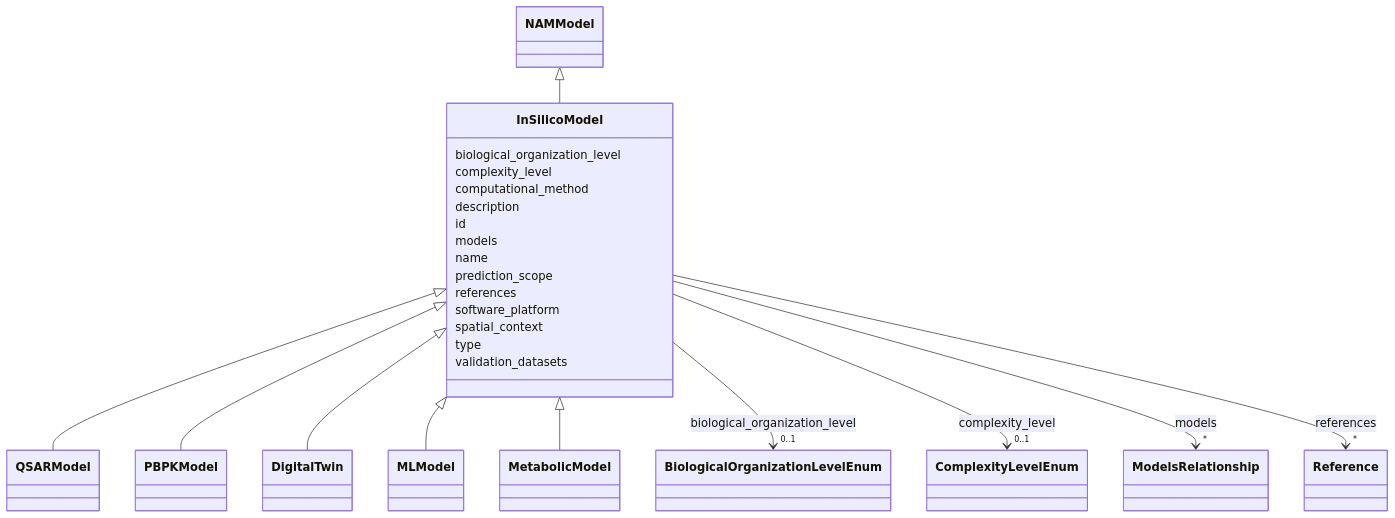
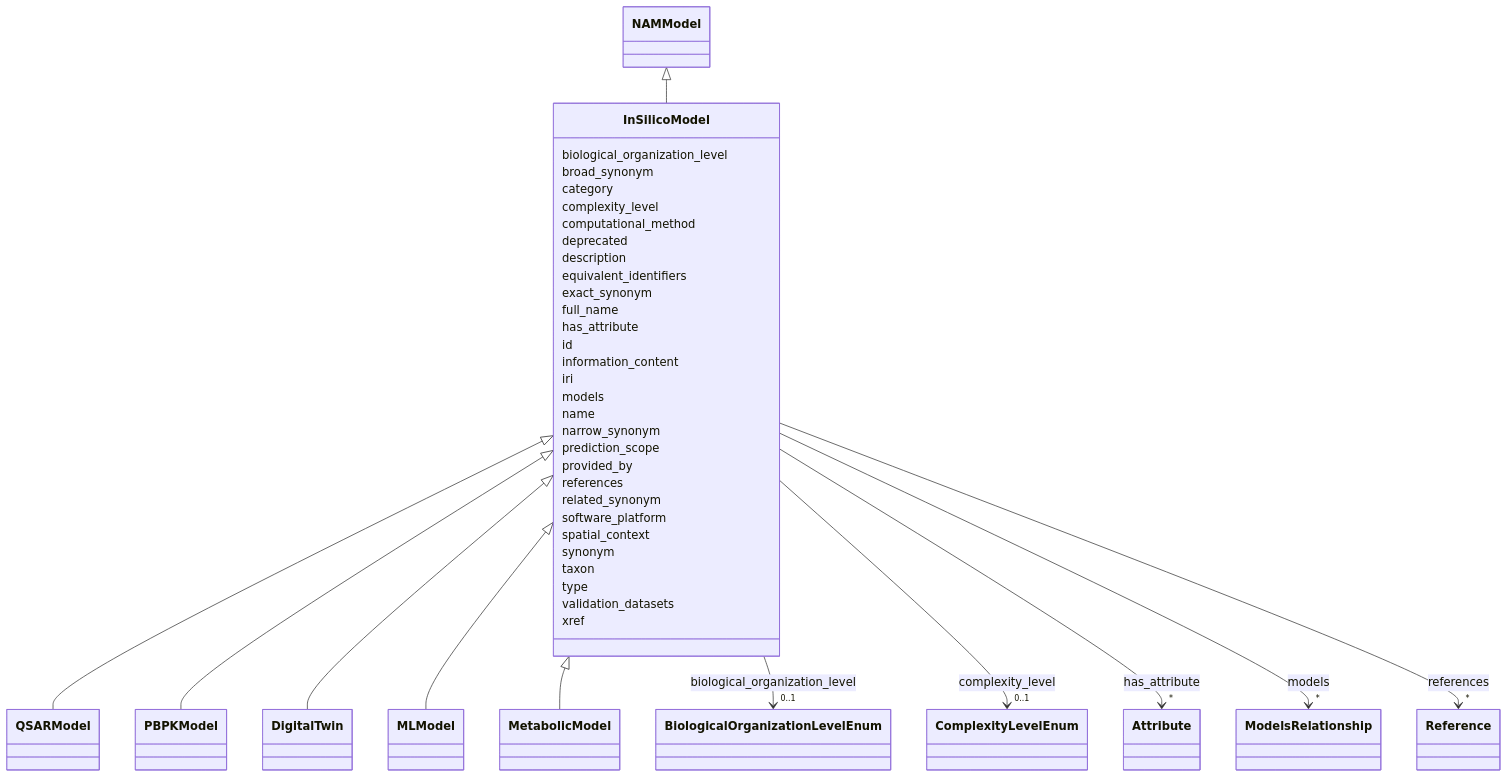
Before and after one commit to monarch-initiative/namo: the diagram in docs/elements/InSilicoModel.md, drawn with Mermaid. The commit also changed other lines of this file and 1232 other files, not shown here.

````diff
--- a/docs/elements/InSilicoModel.md
+++ b/docs/elements/InSilicoModel.md
@@ -48,6 +53,10 @@
     
 
         
+      InSilicoModel : broad_synonym
+        
+      InSilicoModel : category
+        
       InSilicoModel : complexity_level
         
           
@@ -61,9 +70,32 @@
         
       InSilicoModel : computational_method
         
+      InSilicoModel : deprecated
+        
       InSilicoModel : description
         
+      InSilicoModel : equivalent_identifiers
+        
+      InSilicoModel : exact_synonym
+        
+      InSilicoModel : full_name
+        
+      InSilicoModel : has_attribute
+        
+          
+    
+        
+        
+        InSilicoModel --> "*" Attribute : has_attribute
+        click Attribute href "../Attribute/"
+    
+
+        
       InSilicoModel : id
+        
+      InSilicoModel : information_content
+        
+      InSilicoModel : iri
         
       InSilicoModel : models
         
@@ -78,7 +110,11 @@
         
       InSilicoModel : name
         
+      InSilicoModel : narrow_synonym
+        
       InSilicoModel : prediction_scope
+        
+      InSilicoModel : provided_by
         
       InSilicoModel : references
         
@@ -91,13 +127,21 @@
     
 
         
+      InSilicoModel : related_synonym
+        
       InSilicoModel : software_platform
         
       InSilicoModel : spatial_context
+        
+      InSilicoModel : synonym
+        
+      InSilicoModel : taxon
         
       InSilicoModel : type
         
       InSilicoModel : validation_datasets
         
+      InSilicoModel : xref
+        
       
 ```
````
